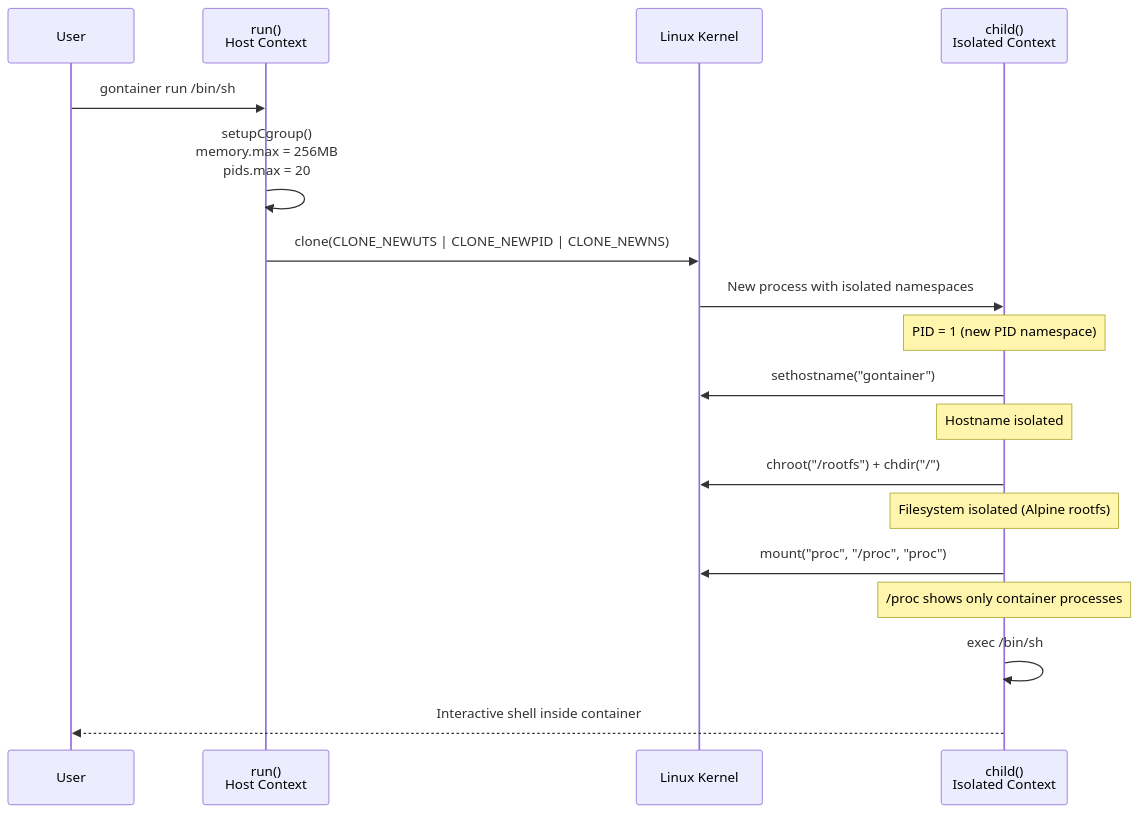
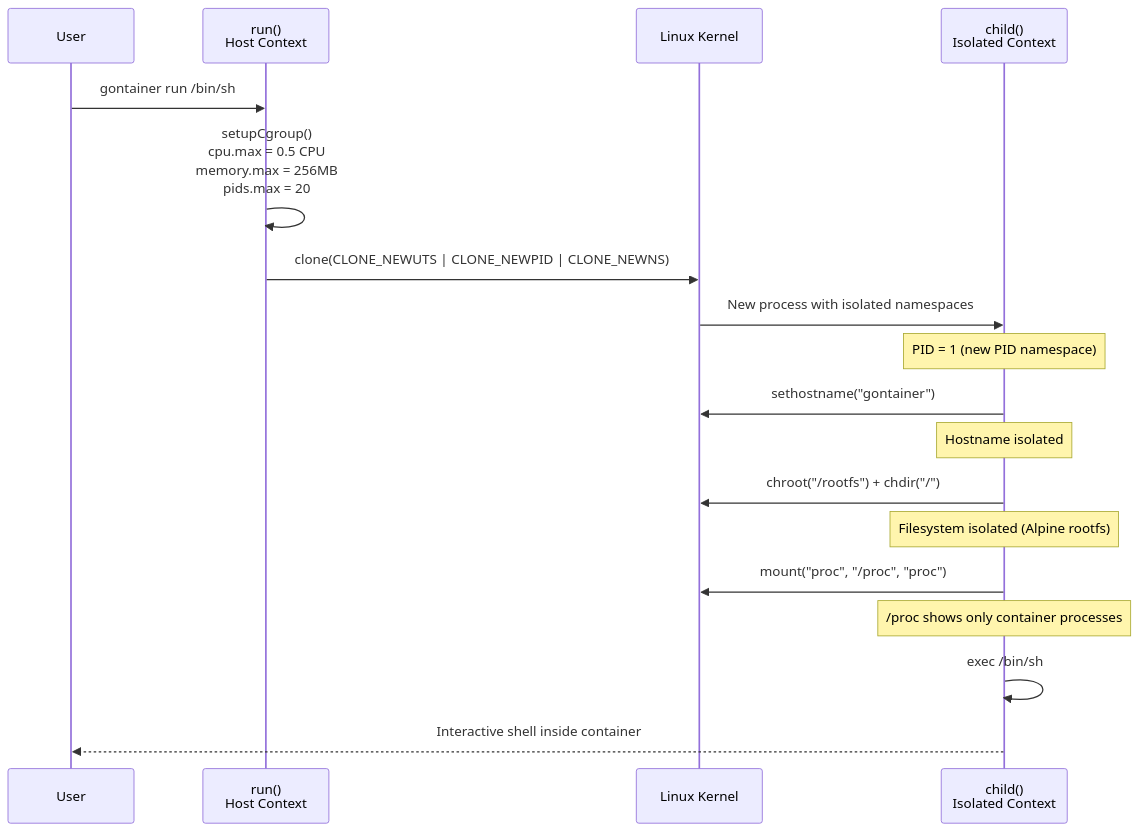
One commit to paveg/gontainer changed the second of 3 diagrams in README.md. Above: the diagram before and after it, drawn with Mermaid. The commit also changed other lines of this file and 2 other files, not shown here.

First line of the commit message:
feat: add CPU limit and cgroup cleanup on exit

````diff
--- a/README.md
+++ b/README.md
@@ -28,27 +28,27 @@
 ```mermaid
 sequenceDiagram
     participant User
     participant run as run()<br/>Host Context
     participant kernel as Linux Kernel
     participant child as child()<br/>Isolated Context
 
     User->>run: gontainer run /bin/sh
-    run->>run: setupCgroup()<br/>memory.max = 256MB<br/>pids.max = 20
+    run->>run: setupCgroup()<br/>cpu.max = 0.5 CPU<br/>memory.max = 256MB<br/>pids.max = 20
 
     run->>kernel: clone(CLONE_NEWUTS | CLONE_NEWPID | CLONE_NEWNS)
     kernel->>child: New process with isolated namespaces
 
     Note over child: PID = 1 (new PID namespace)
 
     child->>kernel: sethostname("gontainer")
     Note over child: Hostname isolated
 
     child->>kernel: chroot("/rootfs") + chdir("/")
     Note over child: Filesystem isolated (Alpine rootfs)
 
     child->>kernel: mount("proc", "/proc", "proc")
     Note over child: /proc shows only container processes
 
     child->>child: exec /bin/sh
     child-->>User: Interactive shell inside container
 ```
````
